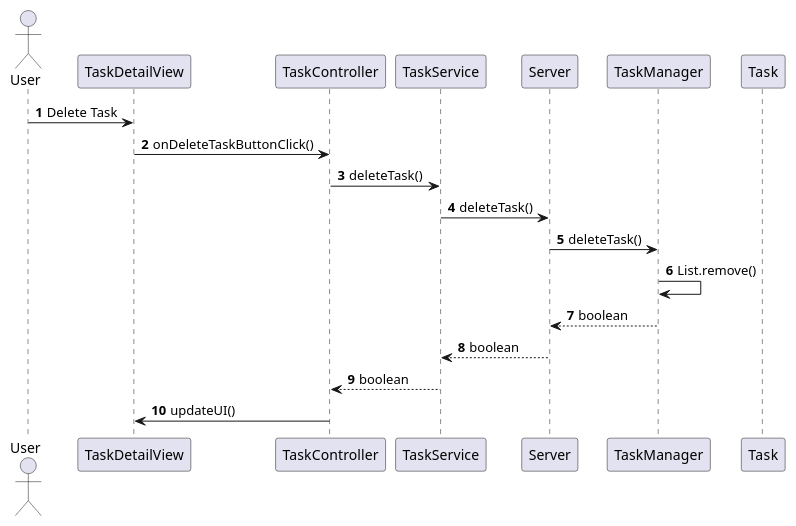
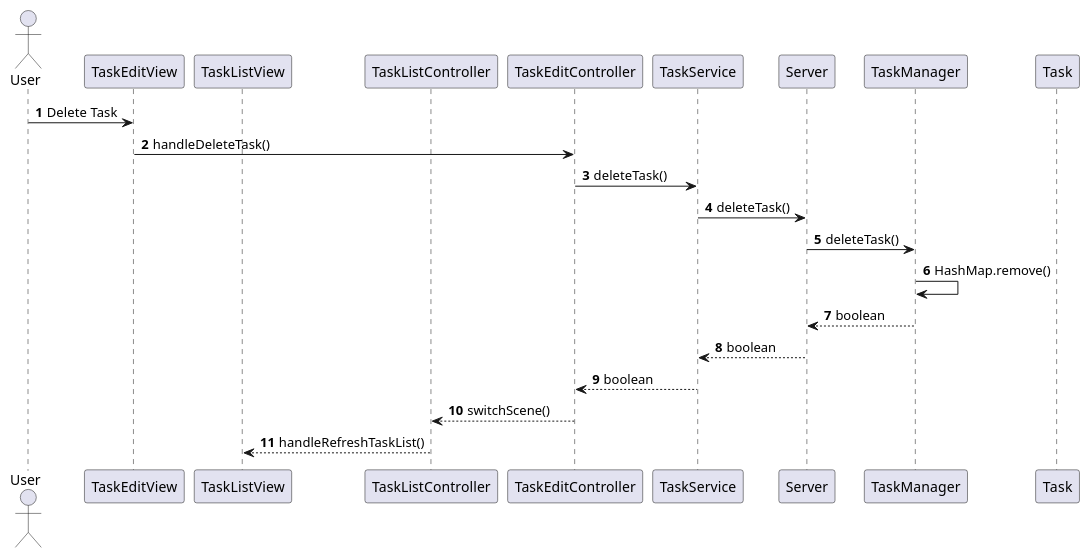
One commit to dalibran/javafinalp1 changed the diagram in uml/sequence_delete.puml. Above: the diagram before and after it, drawn with PlantUML. The commit also changed 16 other files, not shown here.

```diff
--- a/uml/sequence_delete.puml
+++ b/uml/sequence_delete.puml
@@ -1,24 +1,27 @@
 @startuml
 'https://plantuml.com/sequence-diagram
 
 autonumber
 actor User
-participant TaskDetailView as UI
-participant TaskController
+participant TaskEditView as UI
+participant TaskListView
+participant TaskListController
+participant TaskEditController
 participant TaskService
 participant Server
 participant TaskManager
 participant Task
 
 User -> UI: Delete Task
-UI -> TaskController: onDeleteTaskButtonClick()
-TaskController -> TaskService: deleteTask()
+UI -> TaskEditController: handleDeleteTask()
+TaskEditController -> TaskService: deleteTask()
 TaskService -> Server: deleteTask()
 Server -> TaskManager: deleteTask()
-TaskManager -> TaskManager: List.remove()
+TaskManager -> TaskManager: HashMap.remove()
 TaskManager --> Server: boolean
 Server --> TaskService: boolean
-TaskService --> TaskController: boolean
-TaskController -> UI: updateUI()
+TaskService --> TaskEditController: boolean
+TaskEditController --> TaskListController: switchScene()
+TaskListController --> TaskListView: handleRefreshTaskList()
 
 @enduml
```
